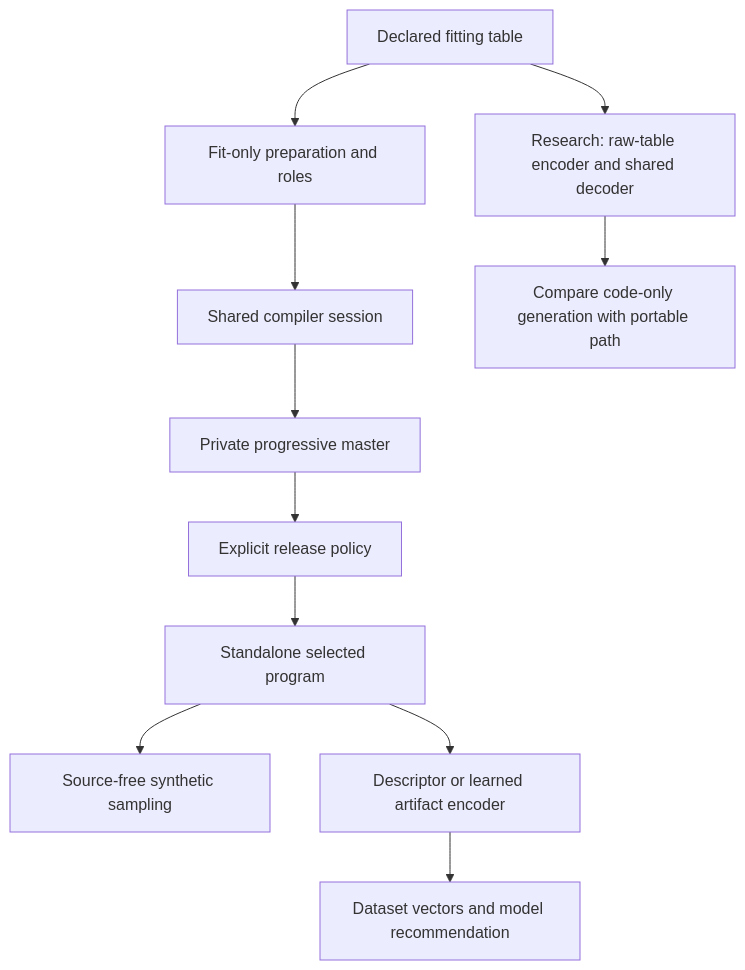
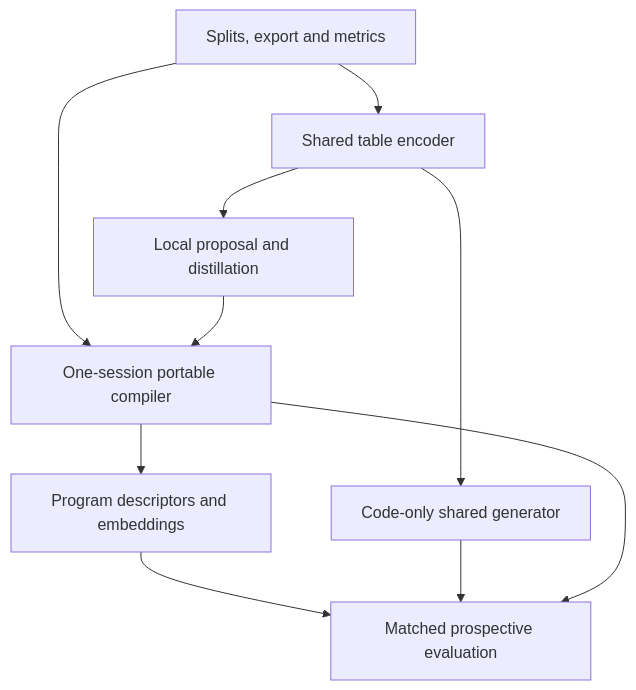
Before and after one commit to neverhuman/dope: the diagram in docs/plans/multilevel-implementation.md, drawn with Mermaid. The commit also changed other lines of this file, not shown here.

Commit message:
docs: finalize multilevel plan after source and export review

````diff
--- a/docs/plans/multilevel-implementation.md
+++ b/docs/plans/multilevel-implementation.md
@@ -89,13 +102,12 @@
 ```mermaid
 flowchart TD
-  R["Declared fitting table"] --> P["Fit-only preparation and roles"]
-  P --> C["Shared compiler session"]
-  C --> M["Private progressive master"]
-  M --> X["Explicit release policy"]
-  X --> S["Standalone selected program"]
-  S --> G["Source-free synthetic sampling"]
-  S --> E["Descriptor or learned artifact encoder"]
-  E --> V["Dataset vectors and model recommendation"]
-  R --> N["Research: raw-table encoder and shared decoder"]
-  N --> Q["Compare code-only generation with portable path"]
+  C["Splits, export and metrics"] --> P["One-session portable compiler"]
+  C --> T["Shared table encoder"]
+  P --> A["Program descriptors and embeddings"]
+  T --> G["Code-only shared generator"]
+  T --> R["Local proposal and distillation"]
+  R --> P
+  A --> E["Matched prospective evaluation"]
+  G --> E
+  P --> E
 ```
````
